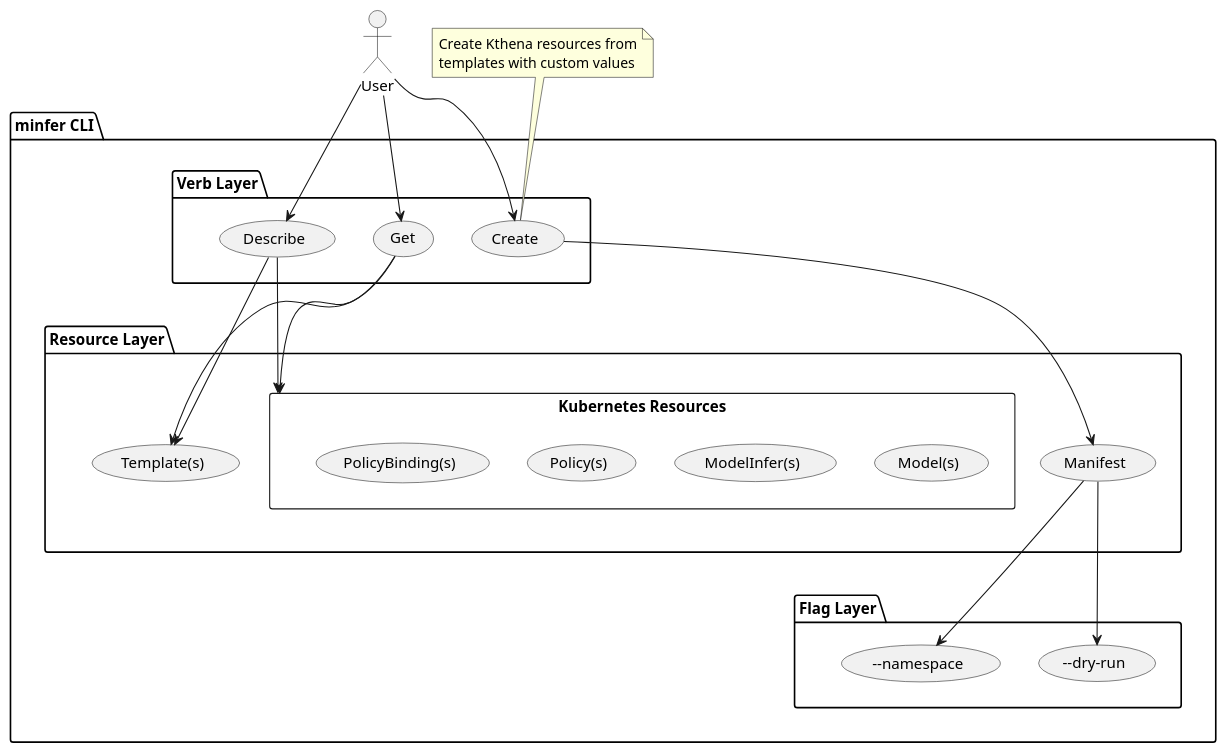
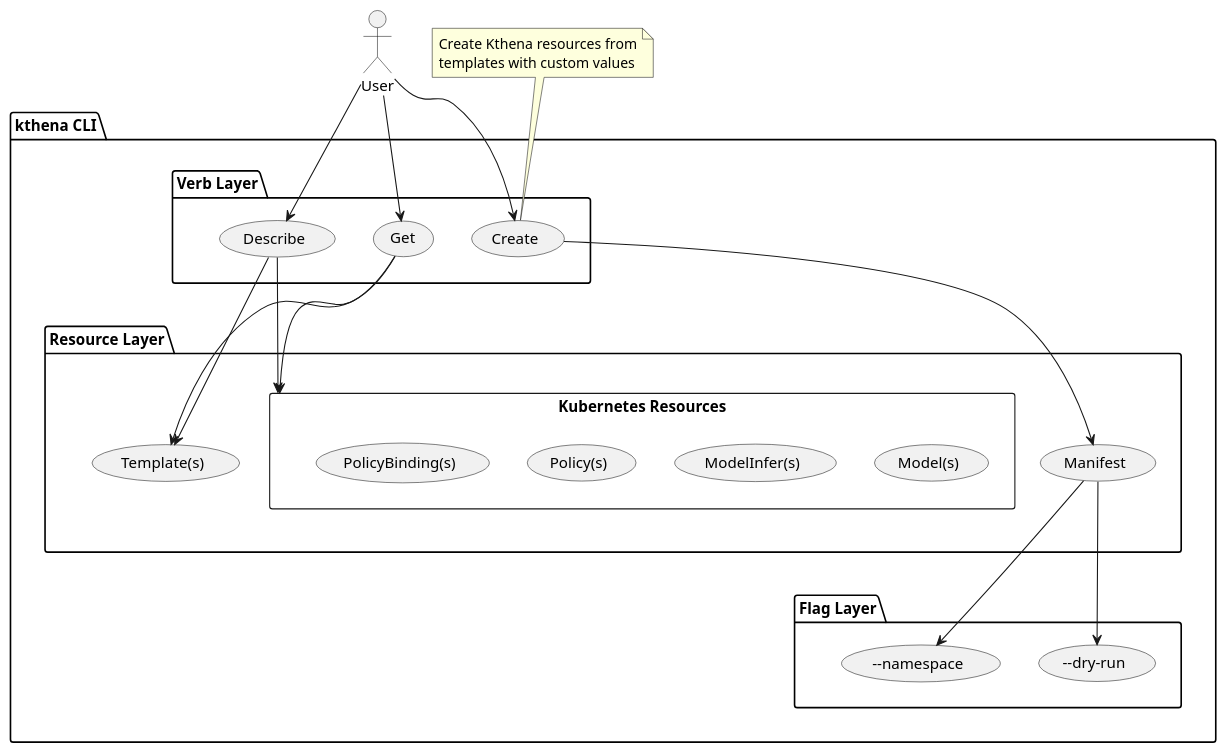
One commit to matrixinfer-ai/kthena changed the first of 2 diagrams in cli/minfer/README.md. Above: the diagram before and after it, drawn with PlantUML. The commit also changed other lines of this file and 5 other files, not shown here.

Commit message:
rename CLI code to kthena

````diff
--- a/cli/minfer/README.md
+++ b/cli/minfer/README.md
@@ -9,61 +9,61 @@
 ```plantuml
 
 actor "User" as user
 
-package "minfer CLI" {
+package "kthena CLI" {
   
   package "Verb Layer" as verbLayer{
     usecase "Get" as GetVerb
     usecase "Describe" as DescribeVerb
     usecase "Create" as CreateVerb
   }
   
   package "Resource Layer" as ResourceLayer {
     usecase "Template(s)" as Template
     usecase "Manifest" as Manifest
     
     rectangle "Kubernetes Resources" as KubernetesResources {
        usecase "Model(s)" as ModelResource
        usecase "ModelInfer(s)" as ModelInferResource
        usecase "Policy(s)" as PolicyResource
        usecase "PolicyBinding(s)" as PolicyBindingResource
     }
   }
   
   package "Flag Layer" as FlagLayer{
     usecase "--dry-run" as DryRunFlag
     usecase "--namespace" as NamespaceFlag
   }
 }
 
 ' User interactions with verb layer (kubectl-style)
 user --> GetVerb
 user --> DescribeVerb
 user --> CreateVerb
 
 ' Verb layer connects to resource layer
 CreateVerb --> Manifest
 GetVerb --> Template
 GetVerb --> KubernetesResources
 
 DescribeVerb --> Template
 DescribeVerb --> KubernetesResources
 
 ' Resources can use flags
 Manifest --> NamespaceFlag
 Manifest --> DryRunFlag
 
 note top of CreateVerb
   Create Kthena resources from
   templates with custom values
 end note
 
 ' layout
 GetVerb -[hidden]-> ModelResource
 GetVerb -[hidden]-> ModelInferResource
 GetVerb -[hidden]-> PolicyResource
 GetVerb -[hidden]-> PolicyBindingResource
 
 verbLayer -[hidden]-> ResourceLayer
 ResourceLayer -[hidden]-> FlagLayer
 ```
````
